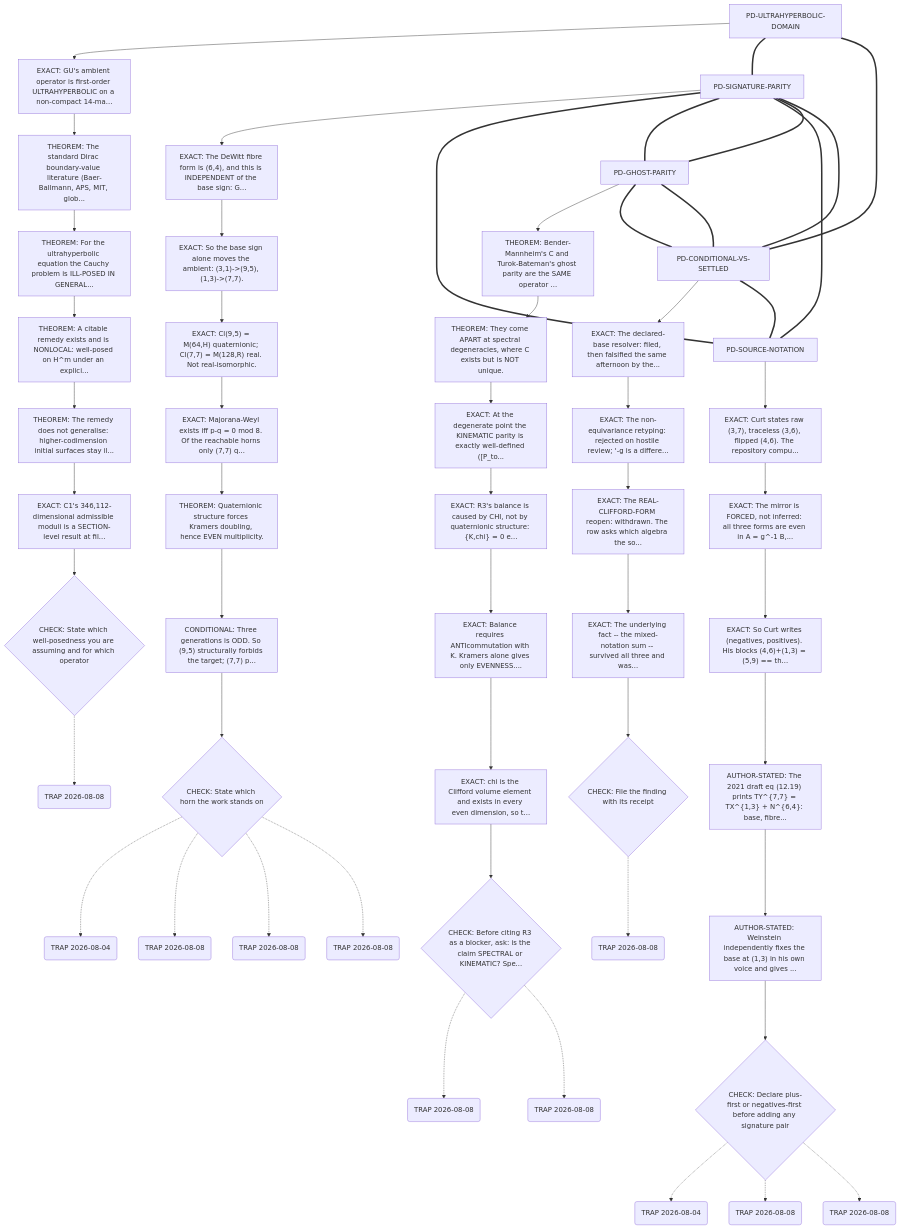
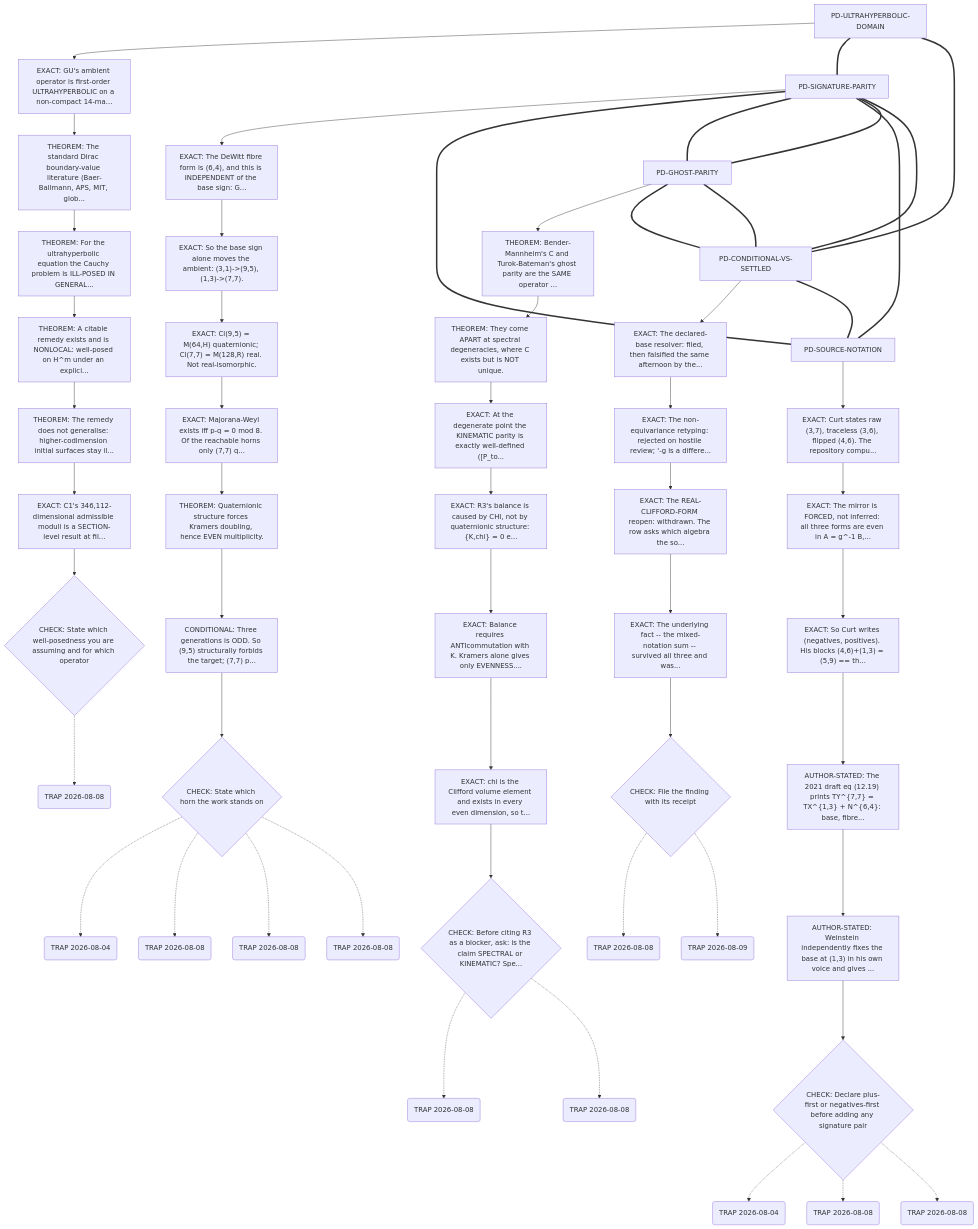
Before and after one commit to disruptionjoe/gu-formalization: the diagram in lab/process/path-dependencies.md, drawn with Mermaid. The commit also changed other lines of this file and 20 other files, not shown here.

```diff
--- a/lab/process/path-dependencies.md
+++ b/lab/process/path-dependencies.md
@@ -83,6 +83,8 @@
   PD_CONDITIONAL_VS_SETTLED_s3 --> PD_CONDITIONAL_VS_SETTLED_chk
   PD_CONDITIONAL_VS_SETTLED_t0("TRAP 2026-08-08")
   PD_CONDITIONAL_VS_SETTLED_chk -.-> PD_CONDITIONAL_VS_SETTLED_t0
+  PD_CONDITIONAL_VS_SETTLED_t1("TRAP 2026-08-09")
+  PD_CONDITIONAL_VS_SETTLED_chk -.-> PD_CONDITIONAL_VS_SETTLED_t1
   PD_ULTRAHYPERBOLIC_DOMAIN["PD-ULTRAHYPERBOLIC-DOMAIN"]
   PD_ULTRAHYPERBOLIC_DOMAIN_s0["EXACT: GU's ambient operator is first-order ULTRAHYPERBOLIC on a non-compact 14-ma..."]
   PD_ULTRAHYPERBOLIC_DOMAIN --> PD_ULTRAHYPERBOLIC_DOMAIN_s0
```
